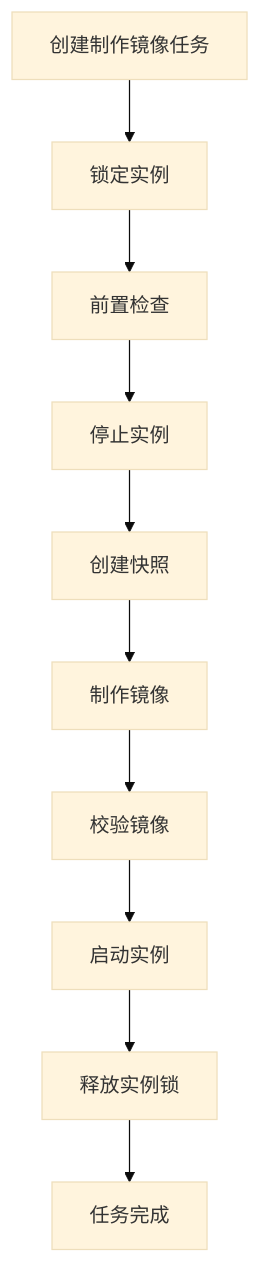
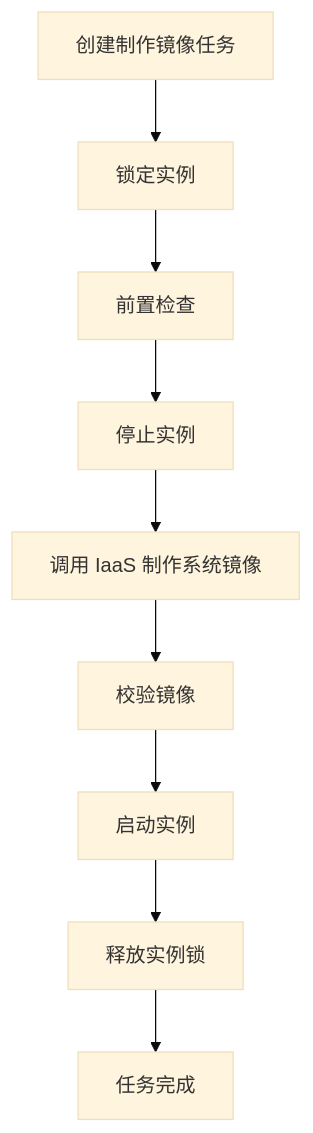
One commit to VentureDuan/docs_workspace changed the second of 16 diagrams in 00_Inbox/agent-drafts/CGInstance 实例任务批处理系统技术方案.md. Above: the diagram before and after it, drawn with Mermaid (base theme). The commit also changed other lines of this file and 25 other files, not shown here.

````diff
--- a/00_Inbox/agent-drafts/CGInstance 实例任务批处理系统技术方案.md
+++ b/00_Inbox/agent-drafts/CGInstance 实例任务批处理系统技术方案.md
@@ -104,12 +106,11 @@
 ```mermaid
 flowchart TD
     A[创建制作镜像任务] --> B[锁定实例]
     B --> C[前置检查]
     C --> D[停止实例]
-    D --> E[创建快照]
-    E --> F[制作镜像]
-    F --> G[校验镜像]
-    G --> H[启动实例]
-    H --> I[释放实例锁]
-    I --> J[任务完成]
+    D --> E[调用 IaaS 制作系统镜像]
+    E --> F[校验镜像]
+    F --> G[启动实例]
+    G --> H[释放实例锁]
+    H --> I[任务完成]
 ```
````
